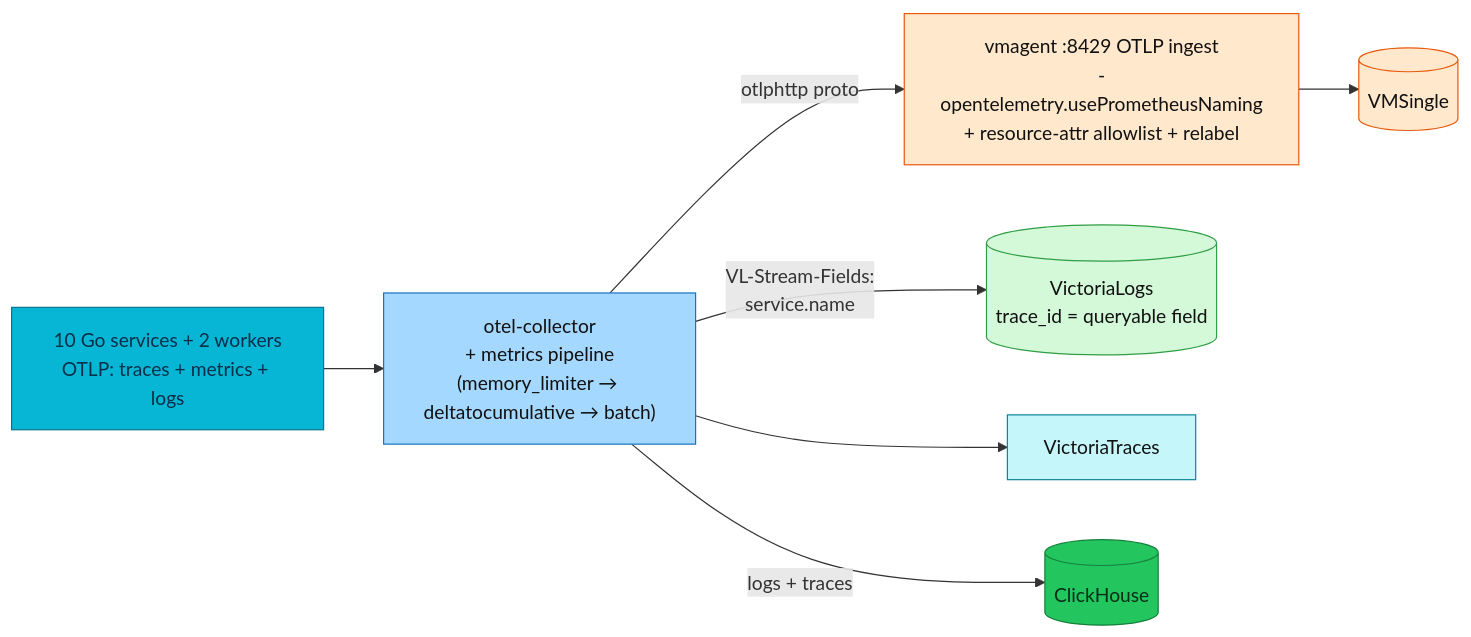
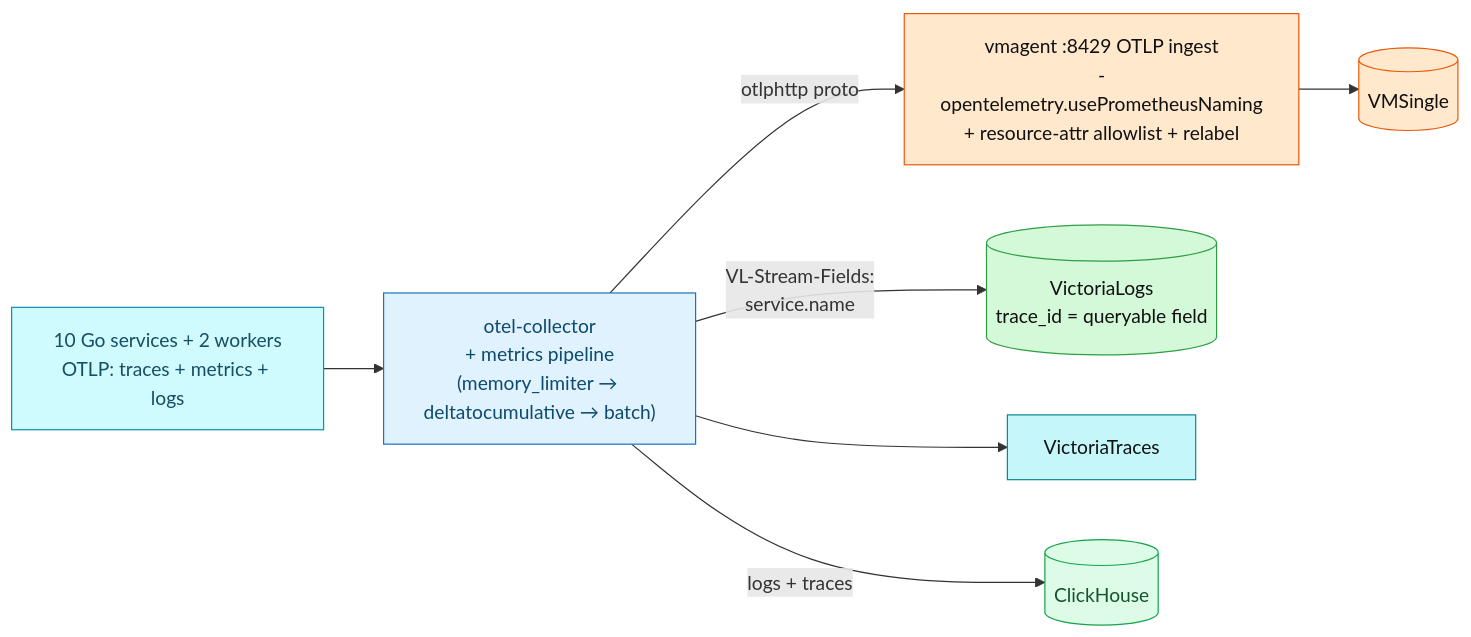
One commit to duynhlab/homelab changed the second of 2 diagrams in docs/observability/opentelemetry/README.md. Above: the diagram before and after it, drawn with Mermaid. The commit also changed other lines of this file and 174 other files, not shown here.

First line of the commit message:
Soft-tint diagram palette, a signal-flow diagram, a Linux-ready Draw.io skill

````diff
--- a/docs/observability/opentelemetry/README.md
+++ b/docs/observability/opentelemetry/README.md
@@ -167,22 +167,22 @@
 ```mermaid
 flowchart LR
     SVC2["10 Go services + 2 workers<br/>OTLP: traces + metrics + logs"] --> COL2["otel-collector<br/>+ metrics pipeline<br/>(memory_limiter → deltatocumulative → batch)"]
     COL2 -->|"otlphttp proto"| VMA["vmagent :8429 OTLP ingest<br/>-opentelemetry.usePrometheusNaming<br/>+ resource-attr allowlist + relabel"]
     VMA --> VMS[("VMSingle")]
     COL2 -->|"VL-Stream-Fields:<br/>service.name"| VLX[("VictoriaLogs<br/>trace_id = queryable field")]
     COL2 --> T3["VictoriaTraces"]
     COL2 -->|"logs + traces"| CH3[("ClickHouse")]
 
-    classDef app fill:#06b6d4,color:#082f49,stroke:#0e7490;
-    classDef otc fill:#a5d8ff,color:#111,stroke:#1971c2;
+    classDef app fill:#cffafe,color:#164e63,stroke:#0891b2;
+    classDef otc fill:#e0f2fe,color:#0c4a6e,stroke:#1971c2;
     classDef metric fill:#ffe8cc,color:#111,stroke:#e8590c;
     classDef log fill:#d3f9d8,color:#111,stroke:#2f9e44;
     classDef trace fill:#c5f6fa,color:#111,stroke:#0c8599;
-    classDef data fill:#22c55e,color:#052e16,stroke:#15803d;
+    classDef data fill:#dcfce7,color:#14532d,stroke:#16a34a;
     class SVC2 app;
     class COL2 otc;
     class VMA,VMS metric;
     class VLX log;
     class T3 trace;
     class CH3 data;
 ```
````
